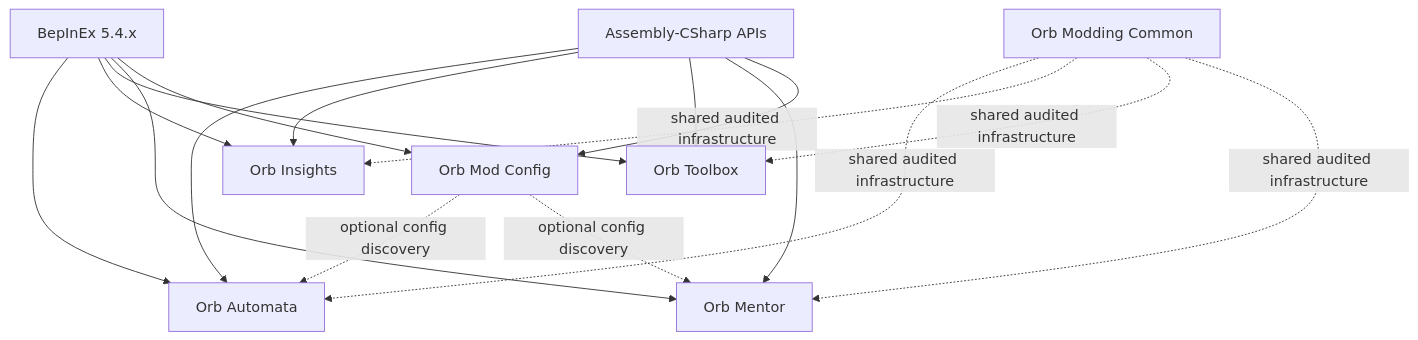
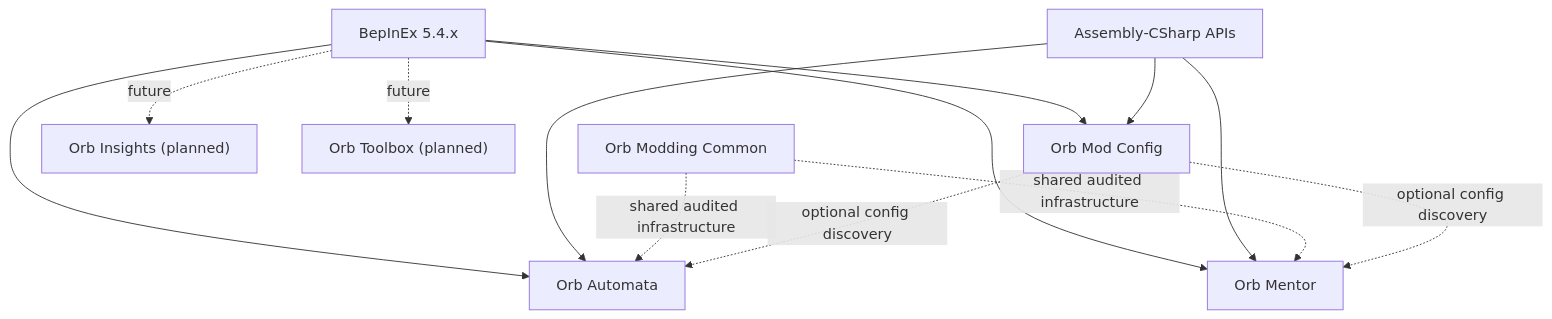
The diagram in docs/plans/roadmap.md (Vojow/OrbOfCreation-ModSuite), drawn with Mermaid before and after one commit. The commit also changed other lines of this file and 47 other files, not shown here.

````diff
--- a/docs/plans/roadmap.md
+++ b/docs/plans/roadmap.md
@@ -35,19 +33,15 @@
 ```mermaid
 flowchart TD
     Bep["BepInEx 5.4.x"] --> Automata["Orb Automata"]
-    Bep --> Insights["Orb Insights"]
-    Bep --> Toolbox["Orb Toolbox"]
     Bep --> Mentor["Orb Mentor"]
     Bep --> ModConfig["Orb Mod Config"]
+    Bep -. "future" .-> Insights["Orb Insights (planned)"]
+    Bep -. "future" .-> Toolbox["Orb Toolbox (planned)"]
     Game["Assembly-CSharp APIs"] --> Automata
-    Game --> Insights
-    Game --> Toolbox
     Game --> Mentor
     Game --> ModConfig
     Common["Orb Modding Common"] -. "shared audited infrastructure" .-> Automata
-    Common -. "shared audited infrastructure" .-> Insights
-    Common -. "shared audited infrastructure" .-> Toolbox
     Common -. "shared audited infrastructure" .-> Mentor
     ModConfig -. "optional config discovery" .-> Automata
     ModConfig -. "optional config discovery" .-> Mentor
 ```
````
